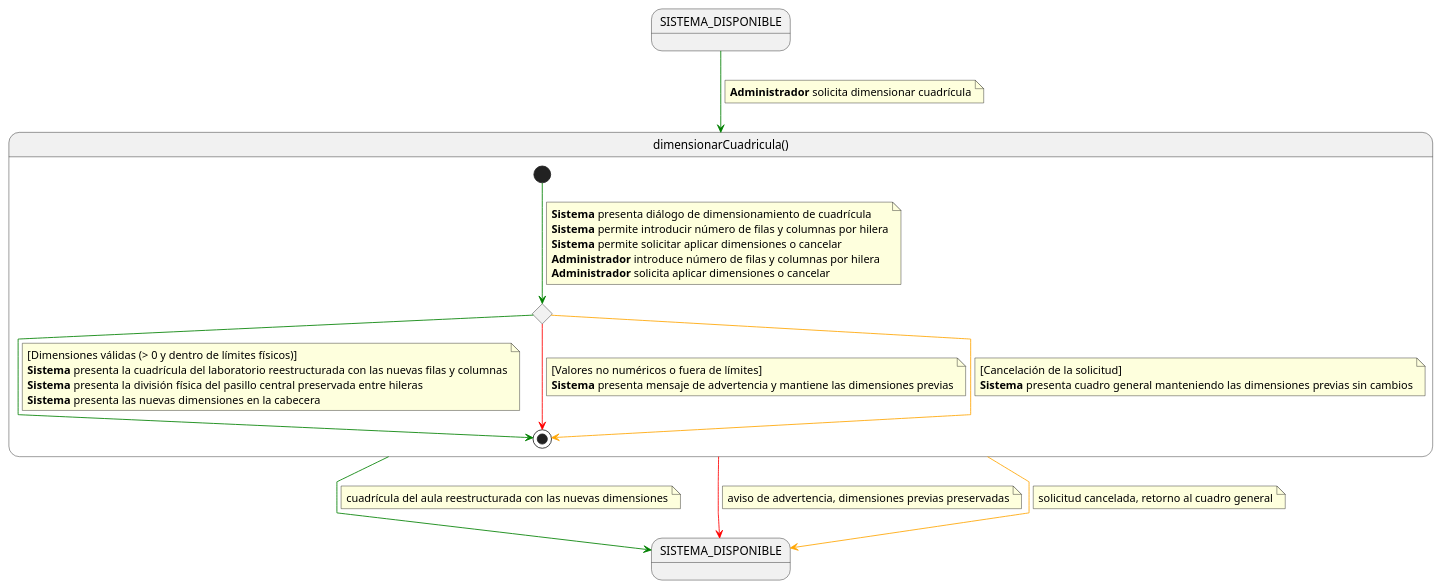
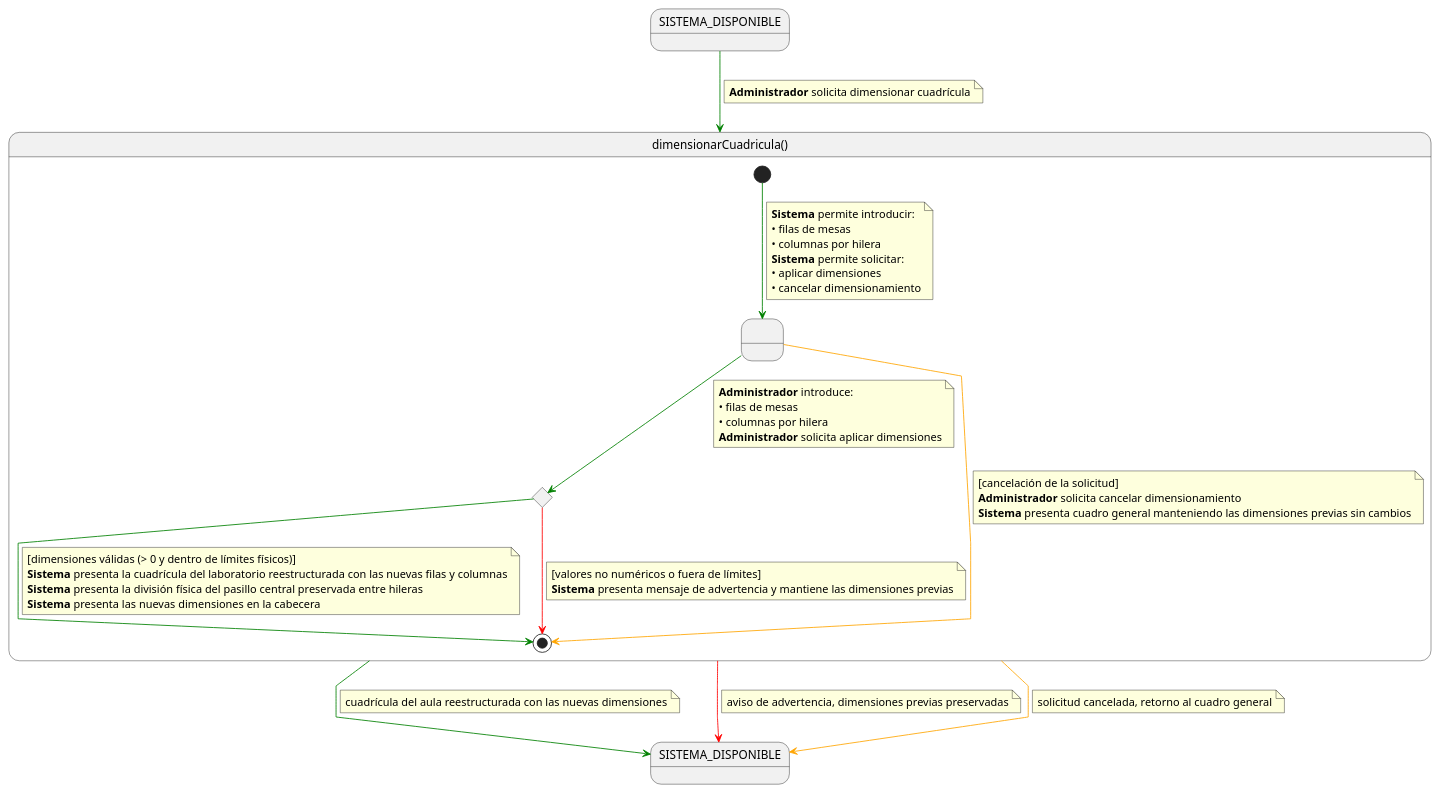
The diagram in RUP/01-requisitos/01-detalle-casos-uso/dimensionarCuadricula/especificacion.puml (Carlos-Lima2510/mesh-panel), drawn with PlantUML before and after one commit. The commit also changed 16 other files, not shown here.

```diff
--- a/RUP/01-requisitos/01-detalle-casos-uso/dimensionarCuadricula/especificacion.puml
+++ b/RUP/01-requisitos/01-detalle-casos-uso/dimensionarCuadricula/especificacion.puml
@@ -1,62 +1,73 @@
 @startuml especificacion
 
 skinparam linetype polyline
 
 state SISTEMA_DISPONIBLE
 state SISTEMA_DISPONIBLE_SALIDA as "SISTEMA_DISPONIBLE"
 
 SISTEMA_DISPONIBLE -[#green]-> dimensionarCuadricula
 note on link
 <b>Administrador</b> solicita dimensionar cuadrícula
 end note
 
 state dimensionarCuadricula as "dimensionarCuadricula()" {
 
+    state " " as DimensionandoCuadricula
     state c <<choice>>
 
-    [*] -[#green]-> c
+    [*] -[#green]-> DimensionandoCuadricula
     note on link
-    <b>Sistema</b> presenta diálogo de dimensionamiento de cuadrícula
-    <b>Sistema</b> permite introducir número de filas y columnas por hilera
-    <b>Sistema</b> permite solicitar aplicar dimensiones o cancelar
-    <b>Administrador</b> introduce número de filas y columnas por hilera
-    <b>Administrador</b> solicita aplicar dimensiones o cancelar
+    <b>Sistema</b> permite introducir:
+    • filas de mesas
+    • columnas por hilera
+    <b>Sistema</b> permite solicitar:
+    • aplicar dimensiones
+    • cancelar dimensionamiento
+    end note
+
+    DimensionandoCuadricula -[#orange]-> [*]
+    note on link
+    [cancelación de la solicitud]
+    <b>Administrador</b> solicita cancelar dimensionamiento
+    <b>Sistema</b> presenta cuadro general manteniendo las dimensiones previas sin cambios
+    end note
+
+    DimensionandoCuadricula -[#green]-> c
+    note on link
+    <b>Administrador</b> introduce:
+    • filas de mesas
+    • columnas por hilera
+    <b>Administrador</b> solicita aplicar dimensiones
     end note
 
     c -[#green]-> [*]
     note on link
-    [Dimensiones válidas (> 0 y dentro de límites físicos)]
+    [dimensiones válidas (> 0 y dentro de límites físicos)]
     <b>Sistema</b> presenta la cuadrícula del laboratorio reestructurada con las nuevas filas y columnas
     <b>Sistema</b> presenta la división física del pasillo central preservada entre hileras
     <b>Sistema</b> presenta las nuevas dimensiones en la cabecera
     end note
 
     c -[#red]-> [*]
     note on link
-    [Valores no numéricos o fuera de límites]
+    [valores no numéricos o fuera de límites]
     <b>Sistema</b> presenta mensaje de advertencia y mantiene las dimensiones previas
-    end note
-
-    c -[#orange]-> [*]
-    note on link
-    [Cancelación de la solicitud]
-    <b>Sistema</b> presenta cuadro general manteniendo las dimensiones previas sin cambios
     end note
 }
 
 dimensionarCuadricula -[#green]-> SISTEMA_DISPONIBLE_SALIDA
 note on link
 cuadrícula del aula reestructurada con las nuevas dimensiones
 end note
 
 dimensionarCuadricula -[#red]-> SISTEMA_DISPONIBLE_SALIDA
 note on link
 aviso de advertencia, dimensiones previas preservadas
 end note
 
 dimensionarCuadricula -[#orange]-> SISTEMA_DISPONIBLE_SALIDA
 note on link
 solicitud cancelada, retorno al cuadro general
 end note
 
 @enduml
```
